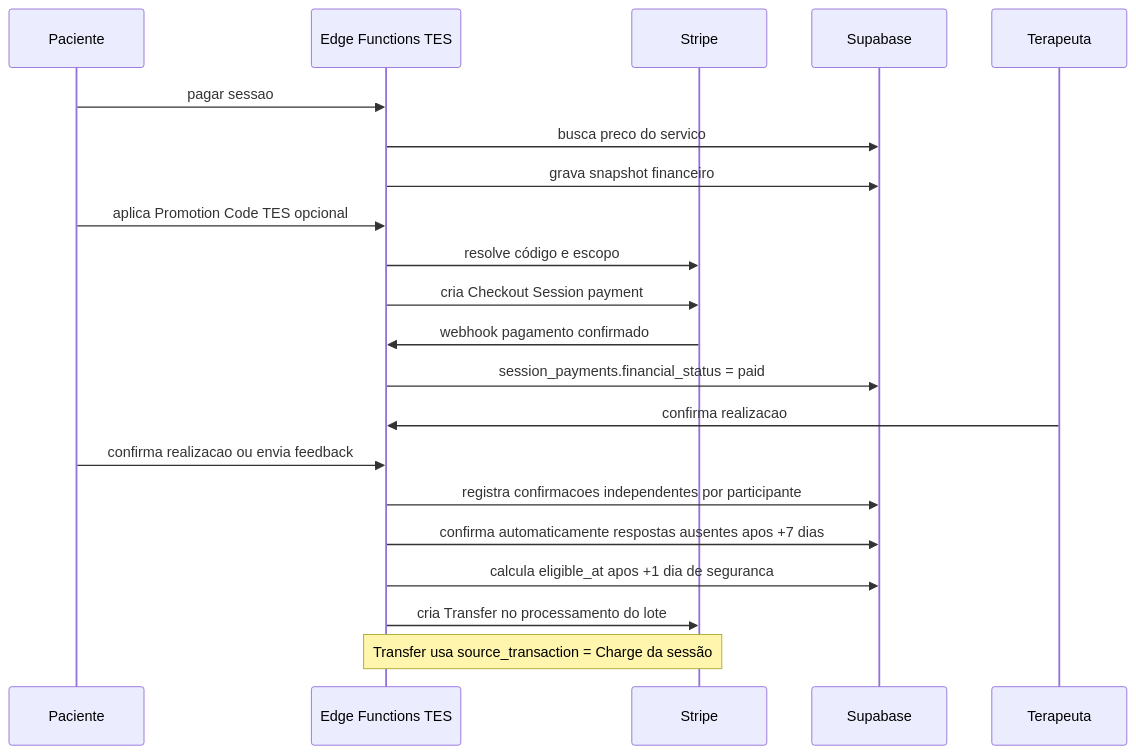
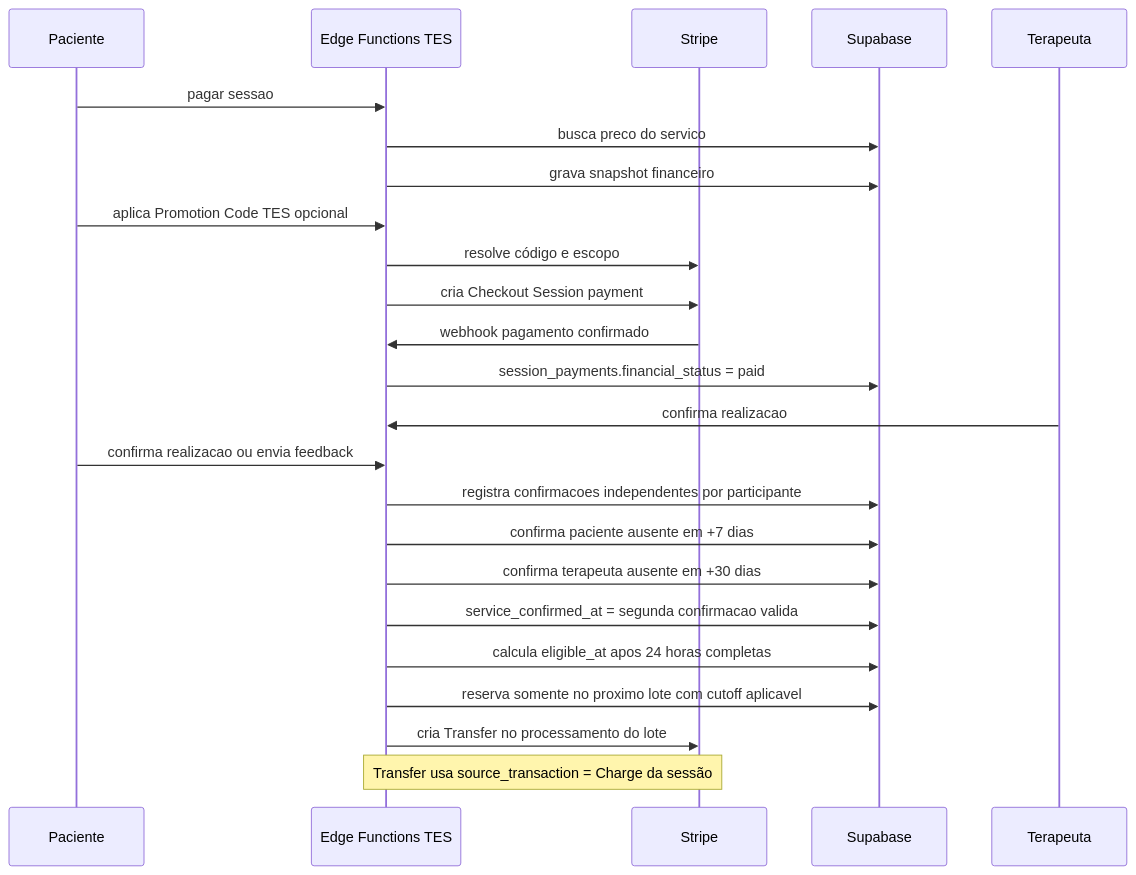
The second of 2 diagrams in docs/payments/architecture.md (projetos-eba/terapeuta-eu-sou), drawn with Mermaid before and after one commit. The commit also changed other lines of this file and 118 other files, not shown here.

````diff
--- a/docs/payments/architecture.md
+++ b/docs/payments/architecture.md
@@ -205,24 +235,27 @@
 ```mermaid
 sequenceDiagram
   participant P as Paciente
   participant TES as Edge Functions TES
   participant S as Stripe
   participant DB as Supabase
   participant T as Terapeuta
 
   P->>TES: pagar sessao
   TES->>DB: busca preco do servico
   TES->>DB: grava snapshot financeiro
   P->>TES: aplica Promotion Code TES opcional
   TES->>S: resolve código e escopo
   TES->>S: cria Checkout Session payment
   S->>TES: webhook pagamento confirmado
   TES->>DB: session_payments.financial_status = paid
   T->>TES: confirma realizacao
   P->>TES: confirma realizacao ou envia feedback
   TES->>DB: registra confirmacoes independentes por participante
-  TES->>DB: confirma automaticamente respostas ausentes apos +7 dias
-  TES->>DB: calcula eligible_at apos +1 dia de seguranca
+  TES->>DB: confirma paciente ausente em +7 dias
+  TES->>DB: confirma terapeuta ausente em +30 dias
+  TES->>DB: service_confirmed_at = segunda confirmacao valida
+  TES->>DB: calcula eligible_at apos 24 horas completas
+  TES->>DB: reserva somente no proximo lote com cutoff aplicavel
   TES->>S: cria Transfer no processamento do lote
   Note over TES,S: Transfer usa source_transaction = Charge da sessão
 ```
````
